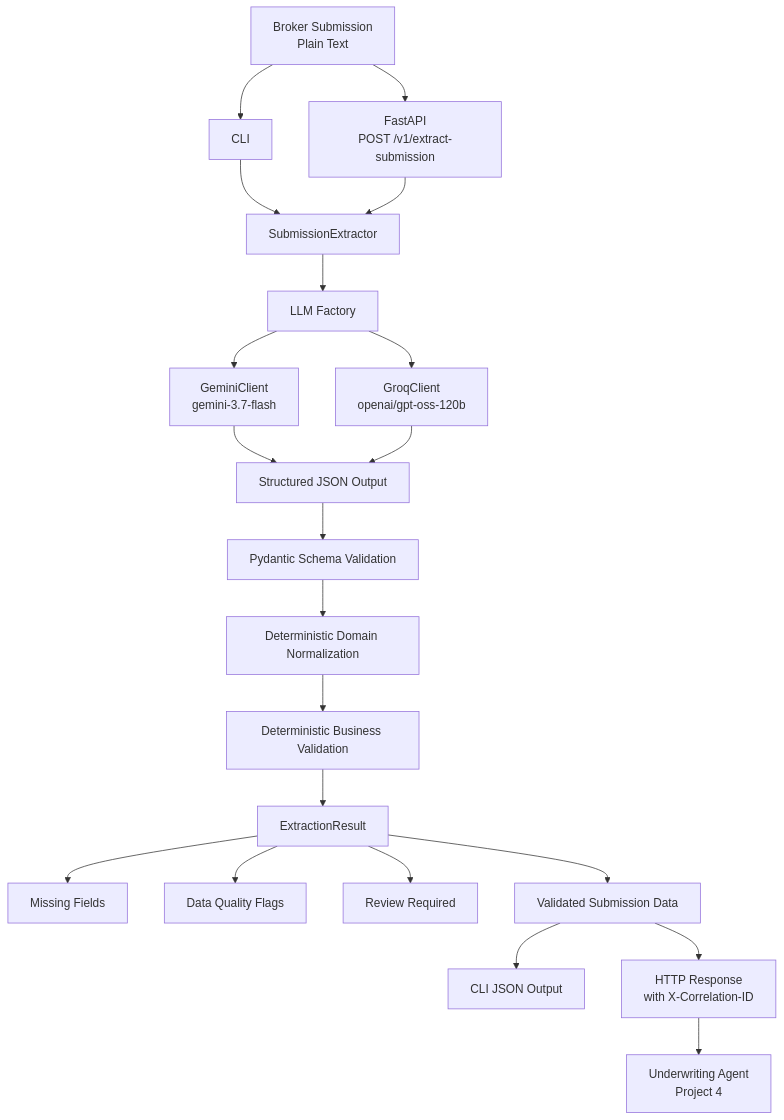
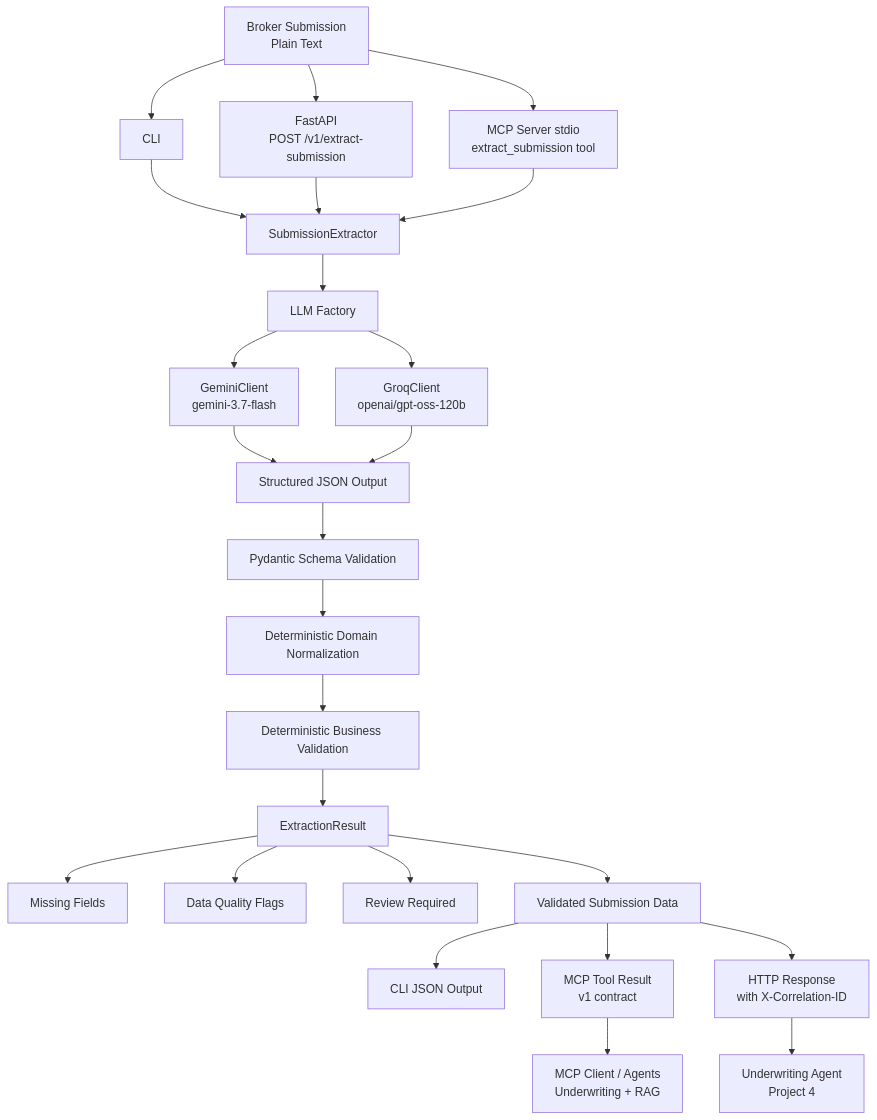
The first of 8 diagrams in docs/architecture/system-architecture.md (Kwame-K/insurance-submission-extractor), drawn with Mermaid before and after one commit. The commit also changed other lines of this file and 6 other files, not shown here.

Commit message:
feat: add MCP server and shared HTTP adapter

````diff
--- a/docs/architecture/system-architecture.md
+++ b/docs/architecture/system-architecture.md
@@ -11,28 +11,32 @@
 ```mermaid
 flowchart TD
     A[Broker Submission<br/>Plain Text] --> B[CLI]
     A --> B2[FastAPI<br/>POST /v1/extract-submission]
+    A --> B3[MCP Server stdio<br/>extract_submission tool]
     B --> C[SubmissionExtractor]
     B2 --> C
+    B3 --> C
 
     C --> D[LLM Factory]
     D --> E[GeminiClient<br/>gemini-3.7-flash]
     D --> F[GroqClient<br/>openai/gpt-oss-120b]
 
     E --> G[Structured JSON Output]
     F --> G
 
     G --> H[Pydantic Schema Validation]
     H --> I[Deterministic Domain Normalization]
     I --> J[Deterministic Business Validation]
     J --> K[ExtractionResult]
 
     K --> L[Missing Fields]
     K --> M[Data Quality Flags]
     K --> N[Review Required]
     K --> O[Validated Submission Data]
 
     O --> P[CLI JSON Output]
+    O --> Q2[MCP Tool Result<br/>v1 contract]
+    Q2 --> R2[MCP Client / Agents<br/>Underwriting + RAG]
     O --> Q[HTTP Response<br/>with X-Correlation-ID]
     Q --> R[Underwriting Agent<br/>Project 4]
 ```
````
